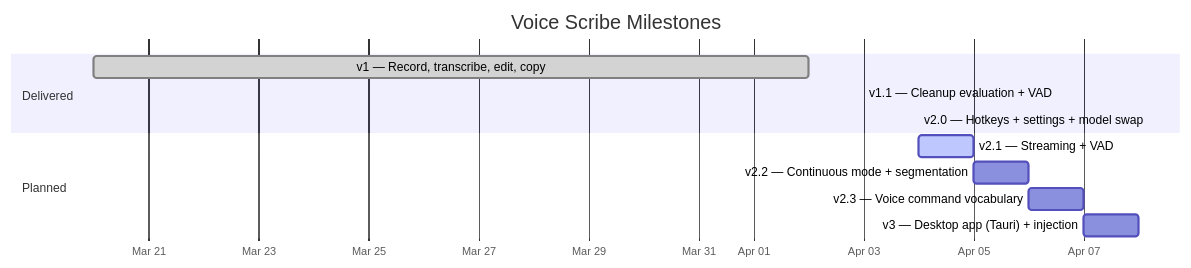
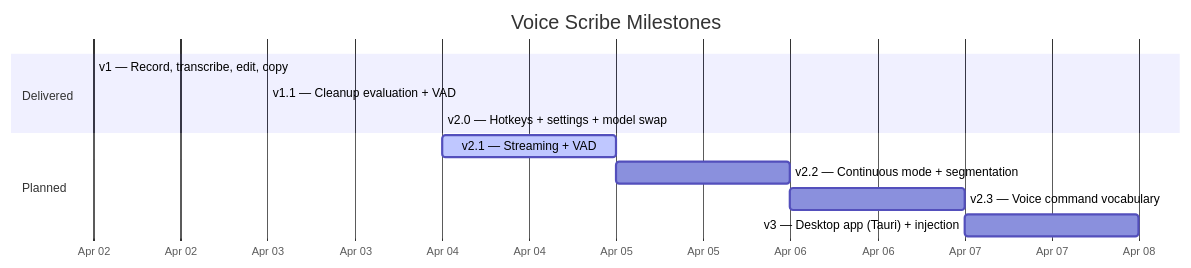
One commit to JohnYanez95/voice-scribe changed the diagram in docs/diagrams/milestone-timeline.mmd. Above: the diagram before and after it, drawn with Mermaid. The commit also changed 2 other files, not shown here.

Commit message:
Fix v1 start date in milestone timeline to April 2nd
Corrected from March 20th to April 2nd based on actual commit
history (first commit: 2026-04-02 21:02:49).

```diff
--- a/docs/diagrams/milestone-timeline.mmd
+++ b/docs/diagrams/milestone-timeline.mmd
@@ -1,15 +1,15 @@
 gantt
     title Voice Scribe Milestones
     dateFormat YYYY-MM-DD
     axisFormat %b %d
 
     section Delivered
-    v1 — Record, transcribe, edit, copy         :done, v1, 2026-03-20, 2026-04-02
+    v1 — Record, transcribe, edit, copy         :done, v1, 2026-04-02, 2026-04-02
     v1.1 — Cleanup evaluation + VAD             :done, v11, 2026-04-03, 2026-04-03
     v2.0 — Hotkeys + settings + model swap      :done, v20, 2026-04-04, 2026-04-04
 
     section Planned
     v2.1 — Streaming + VAD                      :active, v21, after v20, 1d
     v2.2 — Continuous mode + segmentation       :v22, after v21, 1d
     v2.3 — Voice command vocabulary             :v23, after v22, 1d
     v3 — Desktop app (Tauri) + injection        :v3, after v23, 1d
```
